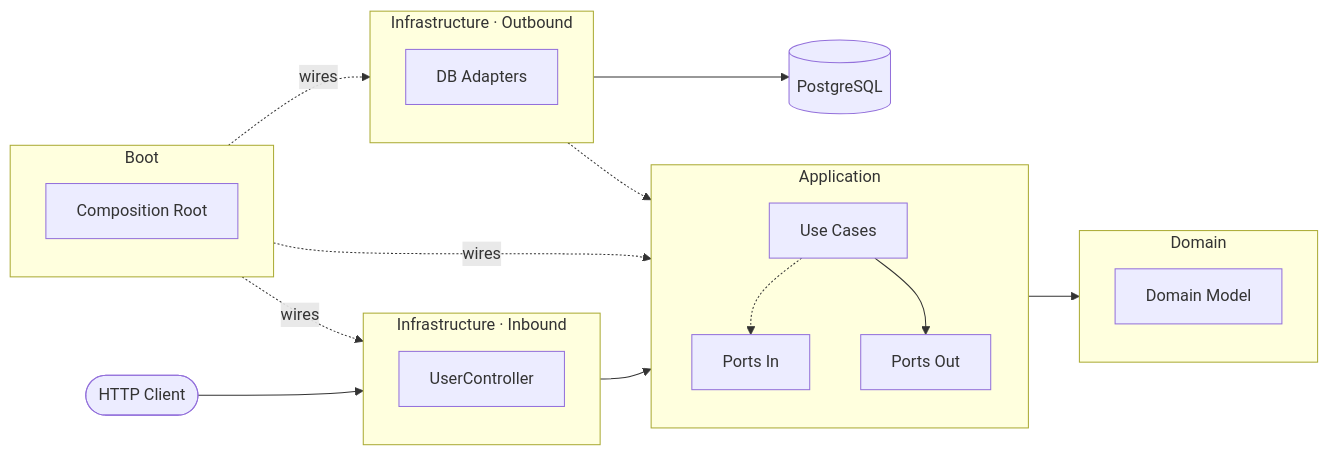
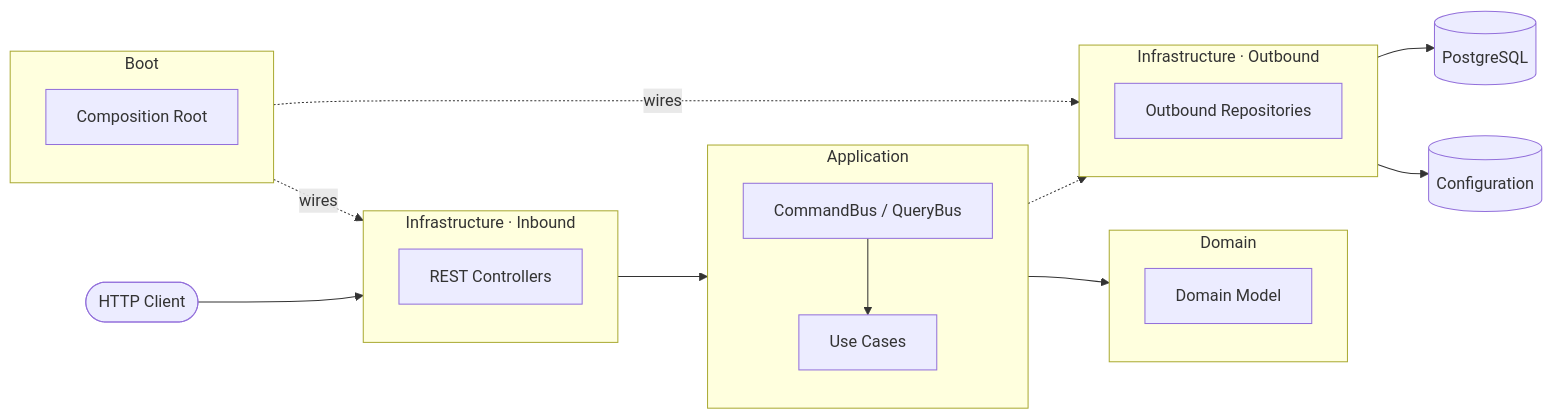
The diagram in README.md (dmosquerad/Hexagonal-BE), drawn with Mermaid before and after one commit. The commit also changed other lines of this file and 87 other files, not shown here.

````diff
--- a/README.md
+++ b/README.md
@@ -44,46 +45,45 @@
 ```mermaid
 flowchart LR
     Client([HTTP Client])
     POSTGRES[(PostgreSQL)]
+    Config[(Configuration)]
 
     subgraph INBOUND["Infrastructure · Inbound"]
         direction TB
-        REST[UserController]
+        REST[REST Controllers]
     end
 
     subgraph APP["Application"]
         direction TB
-        IN_PORT[Ports In]
+        BUS[CommandBus / QueryBus]
         UC[Use Cases]
-        OUT_PORT[Ports Out]
     end
 
     subgraph DOMAIN["Domain"]
         direction TB
         MODEL[Domain Model]
     end
 
     subgraph OUTBOUND["Infrastructure · Outbound"]
         direction TB
-        DB[DB Adapters]
+        OR[Outbound Repositories]
     end
 
     APP ~~~ DOMAIN
 
     subgraph BOOT["Boot"]
         direction TB
         COMP[Composition Root]
     end
 
     Client --> REST
-    REST --> IN_PORT
-    UC -.-> IN_PORT
+    REST --> BUS
+    BUS --> UC
     UC --> MODEL
-    UC --> OUT_PORT
-    DB -.-> OUT_PORT
-    DB --> POSTGRES
+    UC -.-> OR
+    OR --> POSTGRES
+    OR --> Config
 
     COMP -.wires.-> REST
-    COMP -.wires.-> UC
-    COMP -.wires.-> DB
+    COMP -.wires.-> OR
 ```
````
